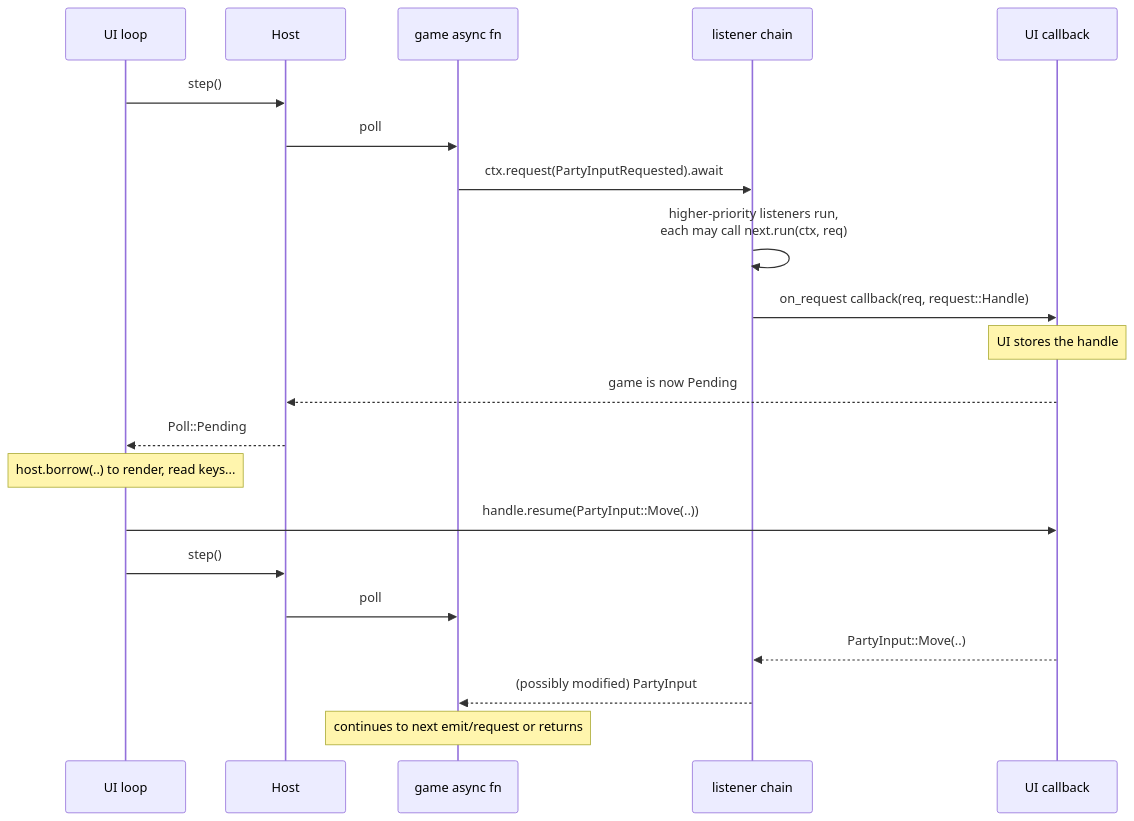
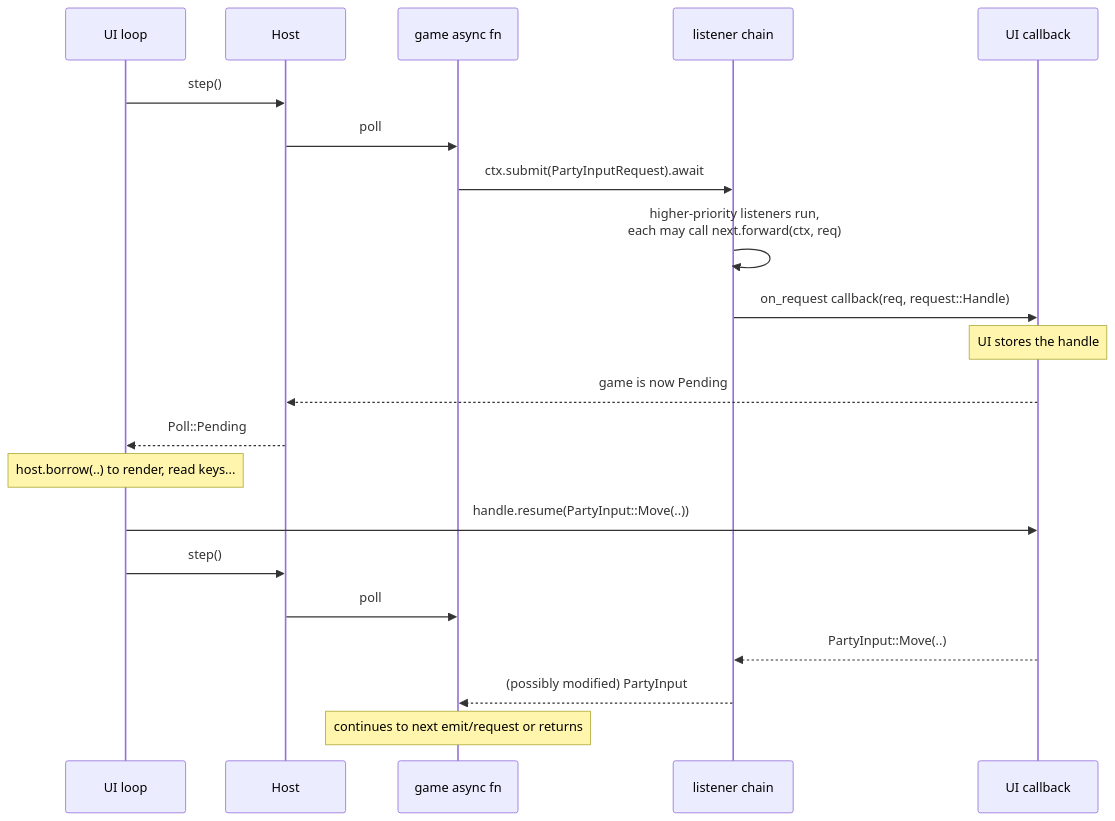
The diagram in book/src/next_turn/plan.md (andrewtc/posturn), drawn with Mermaid before and after one commit. The commit also changed other lines of this file and 9 other files, not shown here.

````diff
--- a/book/src/next_turn/plan.md
+++ b/book/src/next_turn/plan.md
@@ -35,24 +36,24 @@
 ```mermaid
 sequenceDiagram
     participant UI as UI loop
     participant H as Host
     participant G as game async fn
     participant L as listener chain
     participant C as UI callback
 
     UI->>H: step()
     H->>G: poll
-    G->>L: ctx.request(PartyInputRequested).await
-    L->>L: higher-priority listeners run,<br/>each may call next.run(ctx, req)
+    G->>L: ctx.submit(PartyInputRequest).await
+    L->>L: higher-priority listeners run,<br/>each may call next.forward(ctx, req)
     L->>C: on_request callback(req, request::Handle)
     Note over C: UI stores the handle
     C-->>H: game is now Pending
     H-->>UI: Poll::Pending
     Note over UI: host.borrow(..) to render, read keys...
     UI->>C: handle.resume(PartyInput::Move(..))
     UI->>H: step()
     H->>G: poll
     C-->>L: PartyInput::Move(..)
     L-->>G: (possibly modified) PartyInput
     Note over G: continues to next emit/request or returns
 ```
````
